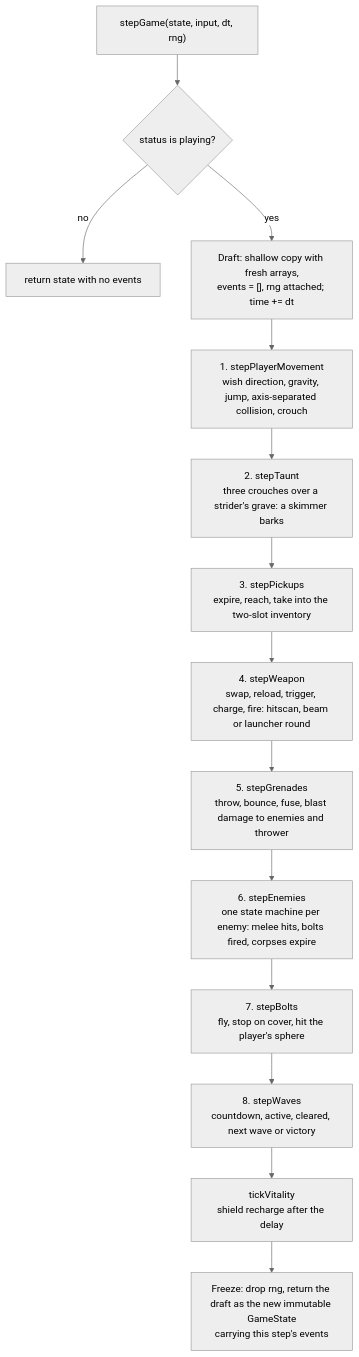
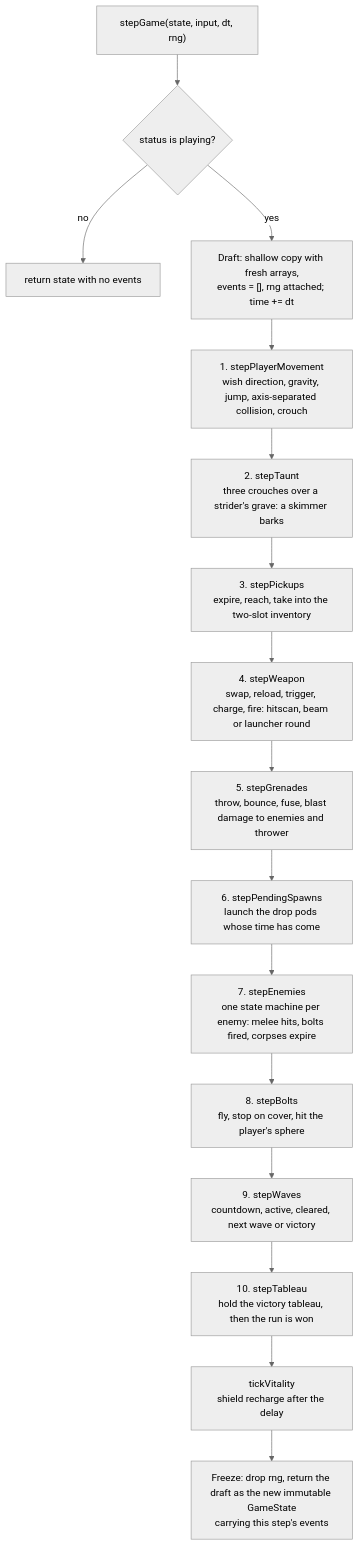
One commit to agh/ringfall changed the diagram in docs/architecture/diagrams/tick.mmd. Above: the diagram before and after it, drawn with Mermaid (neutral theme). The commit also changed 21 other files, not shown here.

```diff
--- a/docs/architecture/diagrams/tick.mmd
+++ b/docs/architecture/diagrams/tick.mmd
@@ -1,19 +1,21 @@
 %%{init: {"flowchart": {"curve": "basis"}} }%%
 flowchart TB
   in["stepGame(state, input, dt, rng)"]
   guard{"status is playing?"}
   same["return state with no events"]
   draft["Draft: shallow copy with fresh arrays,<br/>events = [], rng attached; time += dt"]
   s1["1. stepPlayerMovement<br/>wish direction, gravity, jump, axis-separated collision, crouch"]
   s2["2. stepTaunt<br/>three crouches over a strider's grave: a skimmer barks"]
   s3["3. stepPickups<br/>expire, reach, take into the two-slot inventory"]
   s4["4. stepWeapon<br/>swap, reload, trigger, charge, fire: hitscan, beam or launcher round"]
   s5["5. stepGrenades<br/>throw, bounce, fuse, blast damage to enemies and thrower"]
-  s6["6. stepEnemies<br/>one state machine per enemy: melee hits, bolts fired, corpses expire"]
-  s7["7. stepBolts<br/>fly, stop on cover, hit the player's sphere"]
-  s8["8. stepWaves<br/>countdown, active, cleared, next wave or victory"]
-  s9["tickVitality<br/>shield recharge after the delay"]
+  s6["6. stepPendingSpawns<br/>launch the drop pods whose time has come"]
+  s7["7. stepEnemies<br/>one state machine per enemy: melee hits, bolts fired, corpses expire"]
+  s8["8. stepBolts<br/>fly, stop on cover, hit the player's sphere"]
+  s9["9. stepWaves<br/>countdown, active, cleared, next wave or victory"]
+  s10["10. stepTableau<br/>hold the victory tableau, then the run is won"]
+  s11["tickVitality<br/>shield recharge after the delay"]
   freeze["Freeze: drop rng, return the draft as the new immutable GameState<br/>carrying this step's events"]
   in --> guard
   guard -->|"no"| same
-  guard -->|"yes"| draft --> s1 --> s2 --> s3 --> s4 --> s5 --> s6 --> s7 --> s8 --> s9 --> freeze
+  guard -->|"yes"| draft --> s1 --> s2 --> s3 --> s4 --> s5 --> s6 --> s7 --> s8 --> s9 --> s10 --> s11 --> freeze
```
